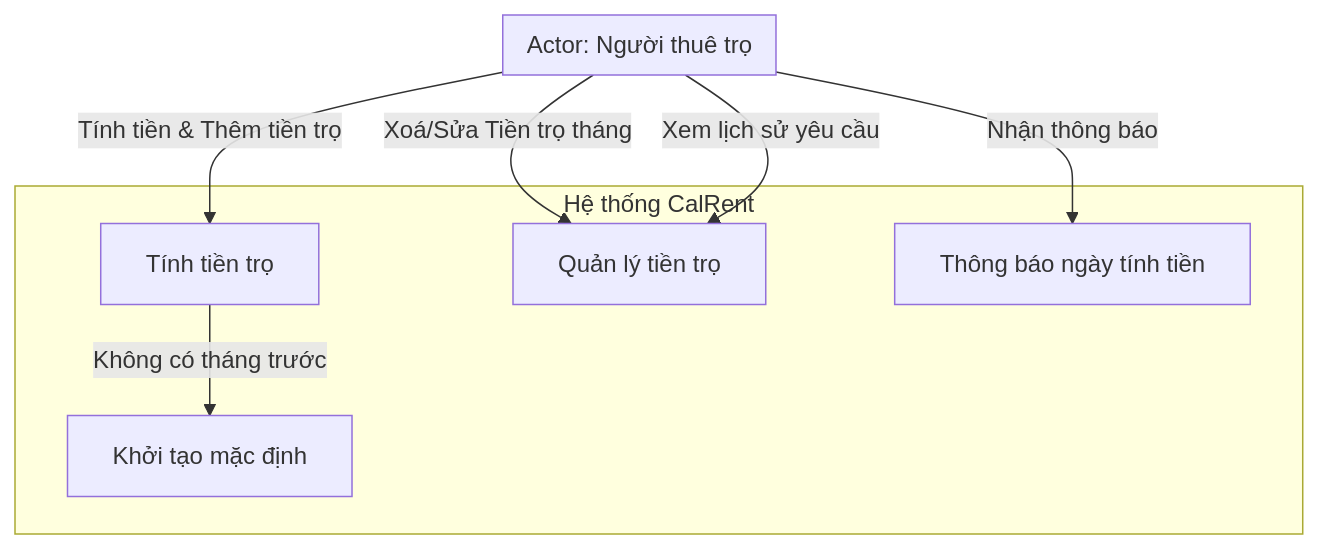
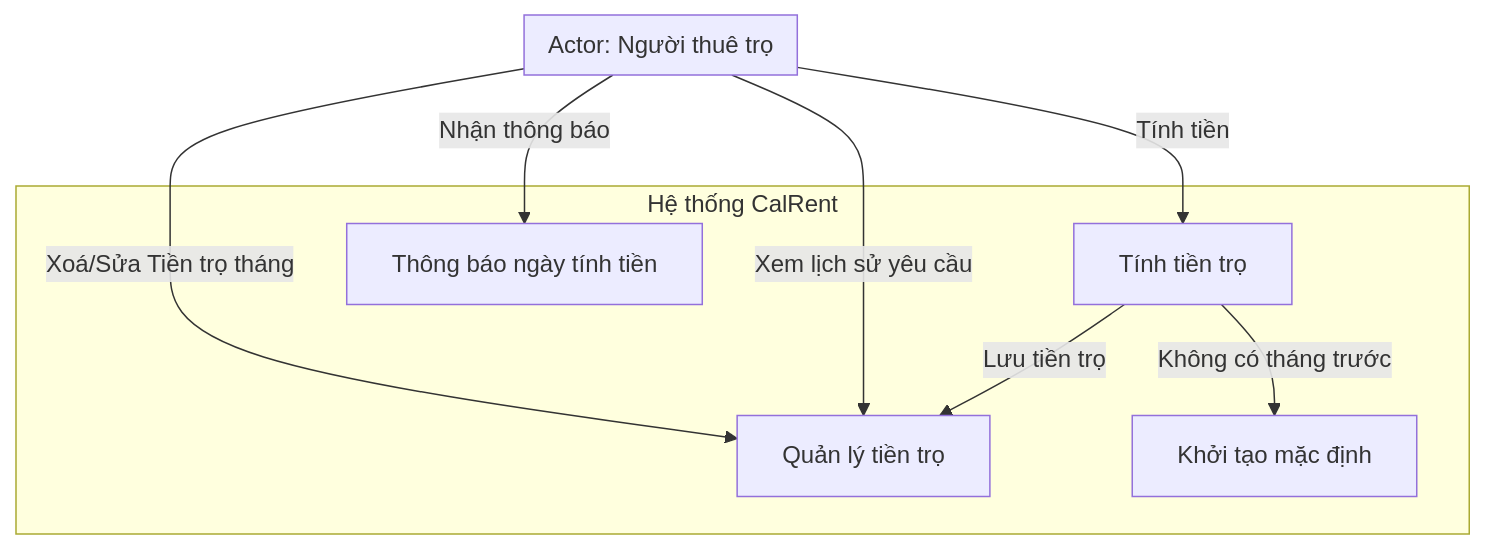
The third of 7 diagrams in calculateRent/Docs/software_modeling.md (Katz-Team/CalRent), drawn with Mermaid before and after one commit. The commit also changed other lines of this file and 1 other file, not shown here.

Commit message:
Update Sequence Diagram

````diff
--- a/calculateRent/Docs/software_modeling.md
+++ b/calculateRent/Docs/software_modeling.md
@@ -44,18 +44,19 @@
 ```mermaid
   graph TD
     subgraph UT["Actor: Người thuê trọ"]
     end
 
     subgraph "Hệ thống CalRent"
         SS0["Tính tiền trọ"]
         SS1["Quản lý tiền trọ"]
         SS2["Thông báo ngày tính tiền"]
         SS3["Khởi tạo mặc định"]
     end
 
     UT -->|Xoá/Sửa Tiền trọ tháng| SS1
     UT -->|Xem lịch sử yêu cầu| SS1
+    UT --> |Tính tiền | SS0
+    SS0 --> | Không có tháng trước | SS3
+    SS0 --> | Lưu tiền trọ | SS1
     UT -->|Nhận thông báo| SS2
-    UT --> |Tính tiền & Thêm tiền trọ| SS0
-    SS0 --> | Không có tháng trước | SS3
 ```
````
